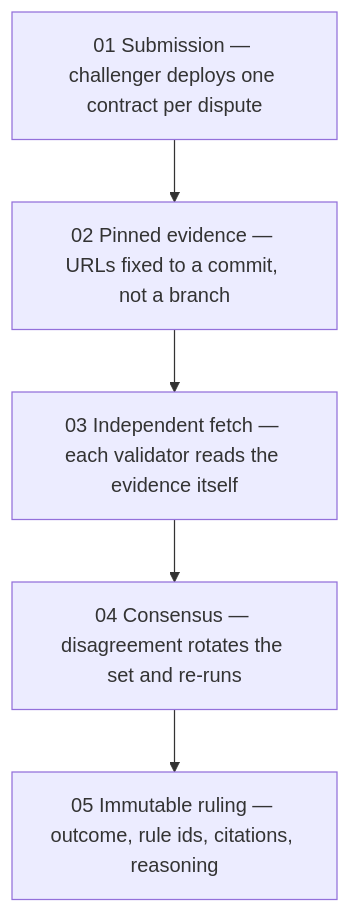
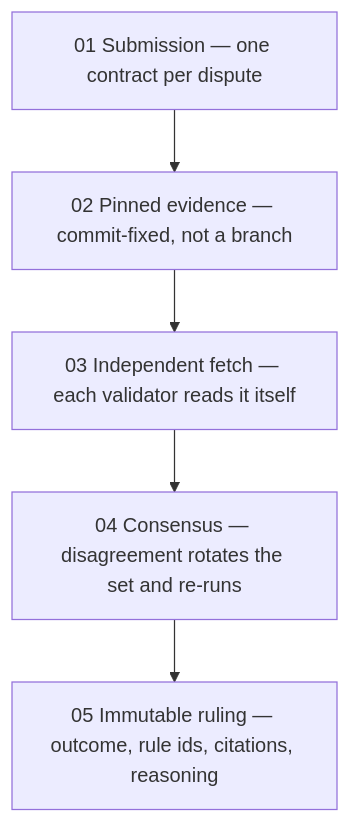
Before and after one commit to GIFTEDLOV/constitutioncourt: the second of 3 diagrams in README.md, drawn with Mermaid. The commit also changed other lines of this file and 4 other files, not shown here.

````diff
--- a/README.md
+++ b/README.md
@@ -120,8 +138,8 @@
 ```mermaid
 flowchart TD
-    A["01 Submission — challenger deploys one contract per dispute"] --> B
-    B["02 Pinned evidence — URLs fixed to a commit, not a branch"] --> C
-    C["03 Independent fetch — each validator reads the evidence itself"] --> D
+    A["01 Submission — one contract per dispute"] --> B
+    B["02 Pinned evidence — commit-fixed, not a branch"] --> C
+    C["03 Independent fetch — each validator reads it itself"] --> D
     D["04 Consensus — disagreement rotates the set and re-runs"] --> E
     E["05 Immutable ruling — outcome, rule ids, citations, reasoning"]
 ```
````
